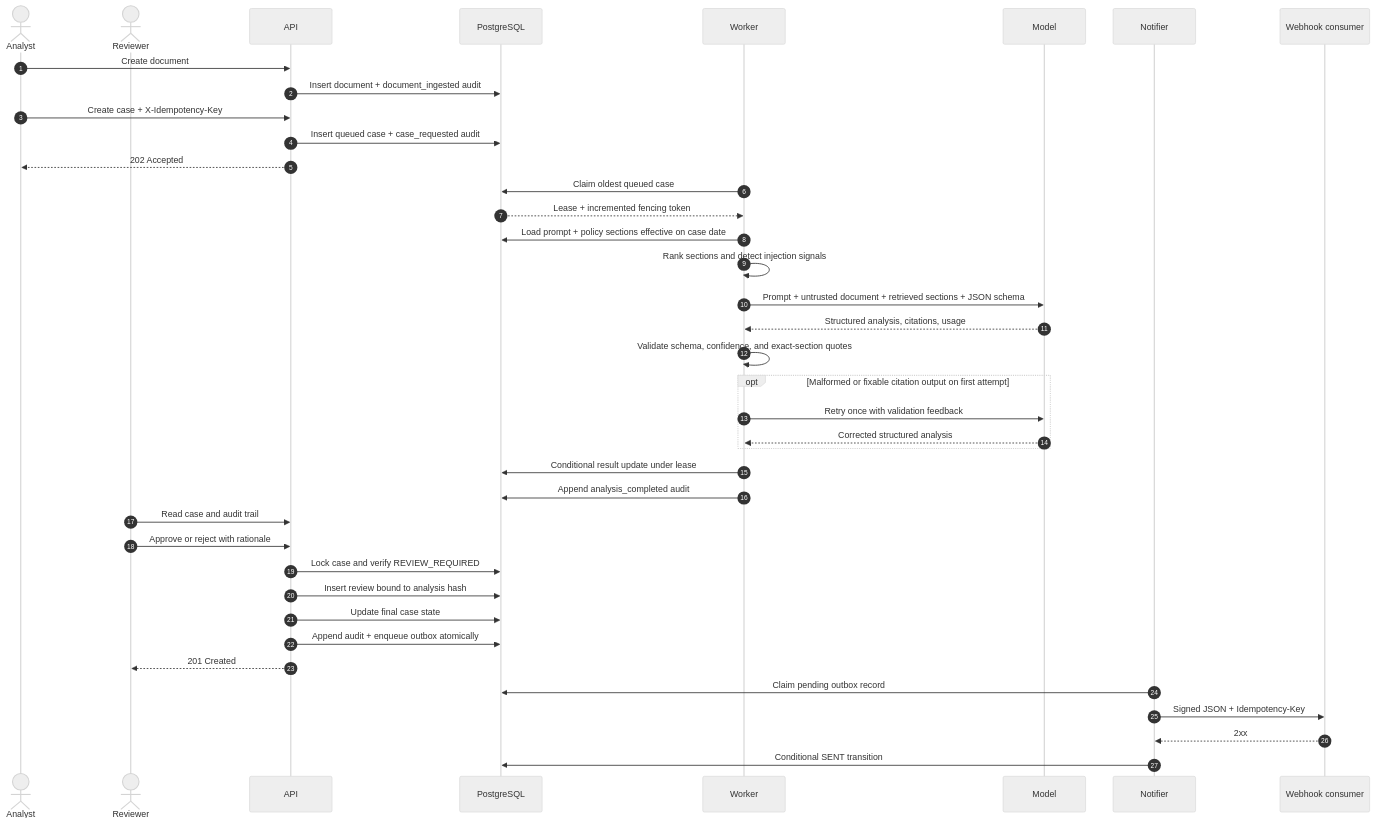
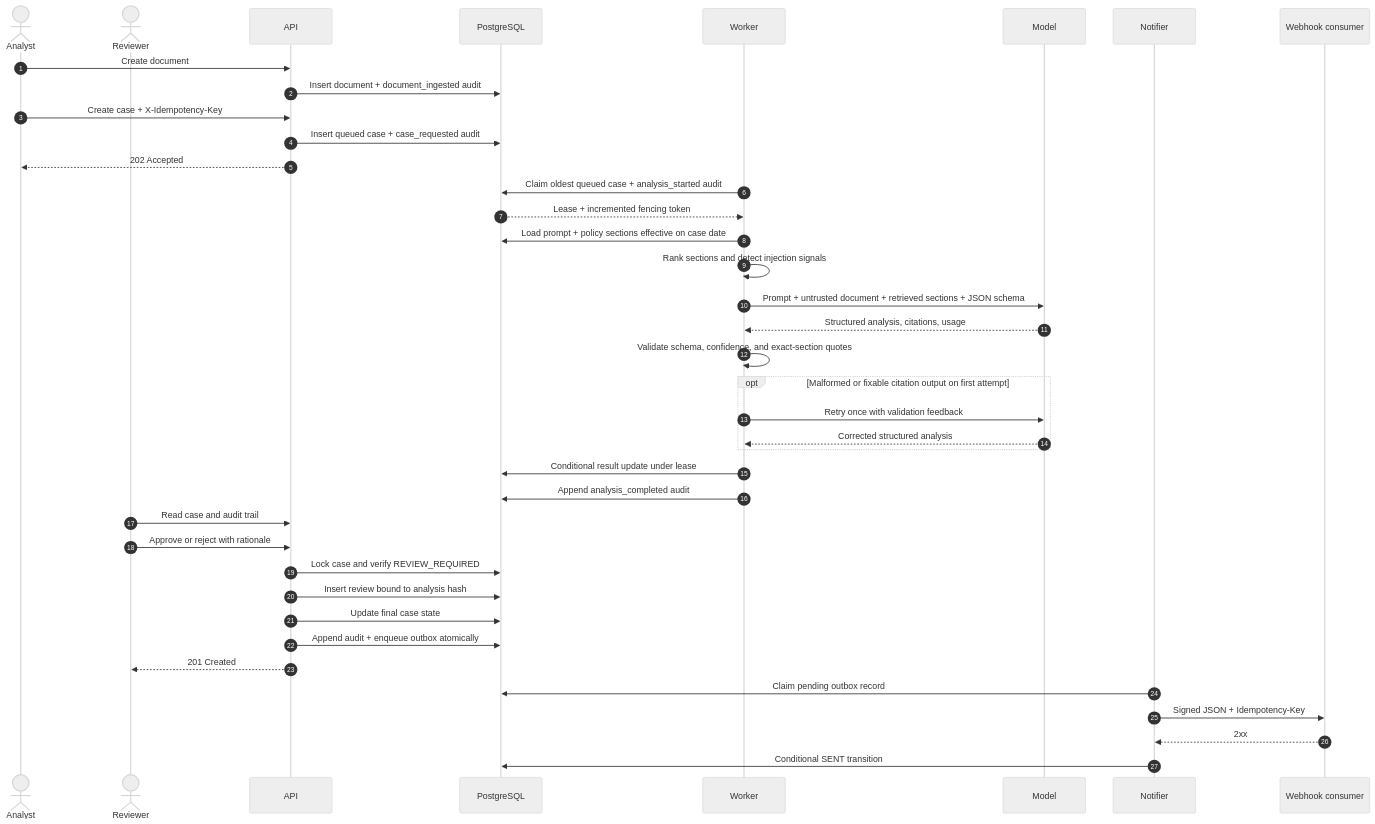
One commit to steven-moriasi/ai-compliance-agent changed the first of 5 diagrams in docs/SEQUENCES.md. Above: the diagram before and after it, drawn with Mermaid (neutral theme). The commit also changed 15 other files, not shown here.

````diff
--- a/docs/SEQUENCES.md
+++ b/docs/SEQUENCES.md
@@ -5,45 +5,45 @@
 ```mermaid
 sequenceDiagram
     autonumber
     actor Analyst
     actor Reviewer
     participant API
     participant DB as PostgreSQL
     participant Worker
     participant Model
     participant Notifier
     participant Consumer as Webhook consumer
 
     Analyst->>API: Create document
     API->>DB: Insert document + document_ingested audit
     Analyst->>API: Create case + X-Idempotency-Key
     API->>DB: Insert queued case + case_requested audit
     API-->>Analyst: 202 Accepted
 
-    Worker->>DB: Claim oldest queued case
+    Worker->>DB: Claim oldest queued case + analysis_started audit
     DB-->>Worker: Lease + incremented fencing token
     Worker->>DB: Load prompt + policy sections effective on case date
     Worker->>Worker: Rank sections and detect injection signals
     Worker->>Model: Prompt + untrusted document + retrieved sections + JSON schema
     Model-->>Worker: Structured analysis, citations, usage
     Worker->>Worker: Validate schema, confidence, and exact-section quotes
     opt Malformed or fixable citation output on first attempt
         Worker->>Model: Retry once with validation feedback
         Model-->>Worker: Corrected structured analysis
     end
     Worker->>DB: Conditional result update under lease
     Worker->>DB: Append analysis_completed audit
 
     Reviewer->>API: Read case and audit trail
     Reviewer->>API: Approve or reject with rationale
     API->>DB: Lock case and verify REVIEW_REQUIRED
     API->>DB: Insert review bound to analysis hash
     API->>DB: Update final case state
     API->>DB: Append audit + enqueue outbox atomically
     API-->>Reviewer: 201 Created
 
     Notifier->>DB: Claim pending outbox record
     Notifier->>Consumer: Signed JSON + Idempotency-Key
     Consumer-->>Notifier: 2xx
     Notifier->>DB: Conditional SENT transition
 ```
````
